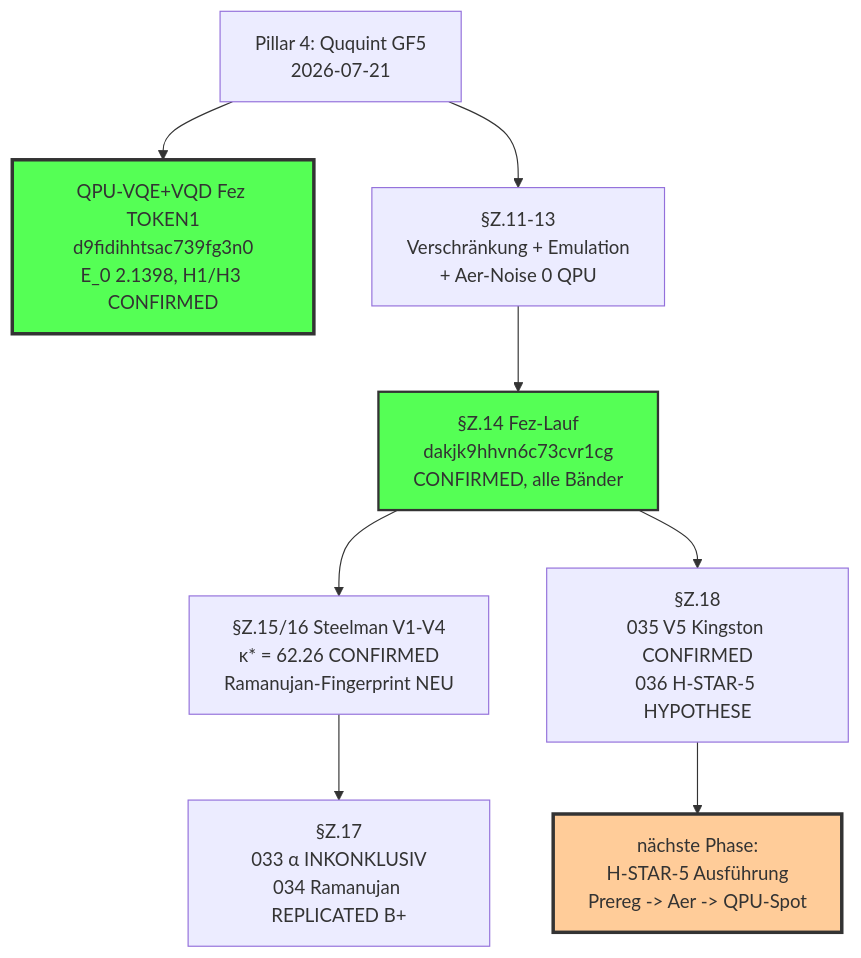
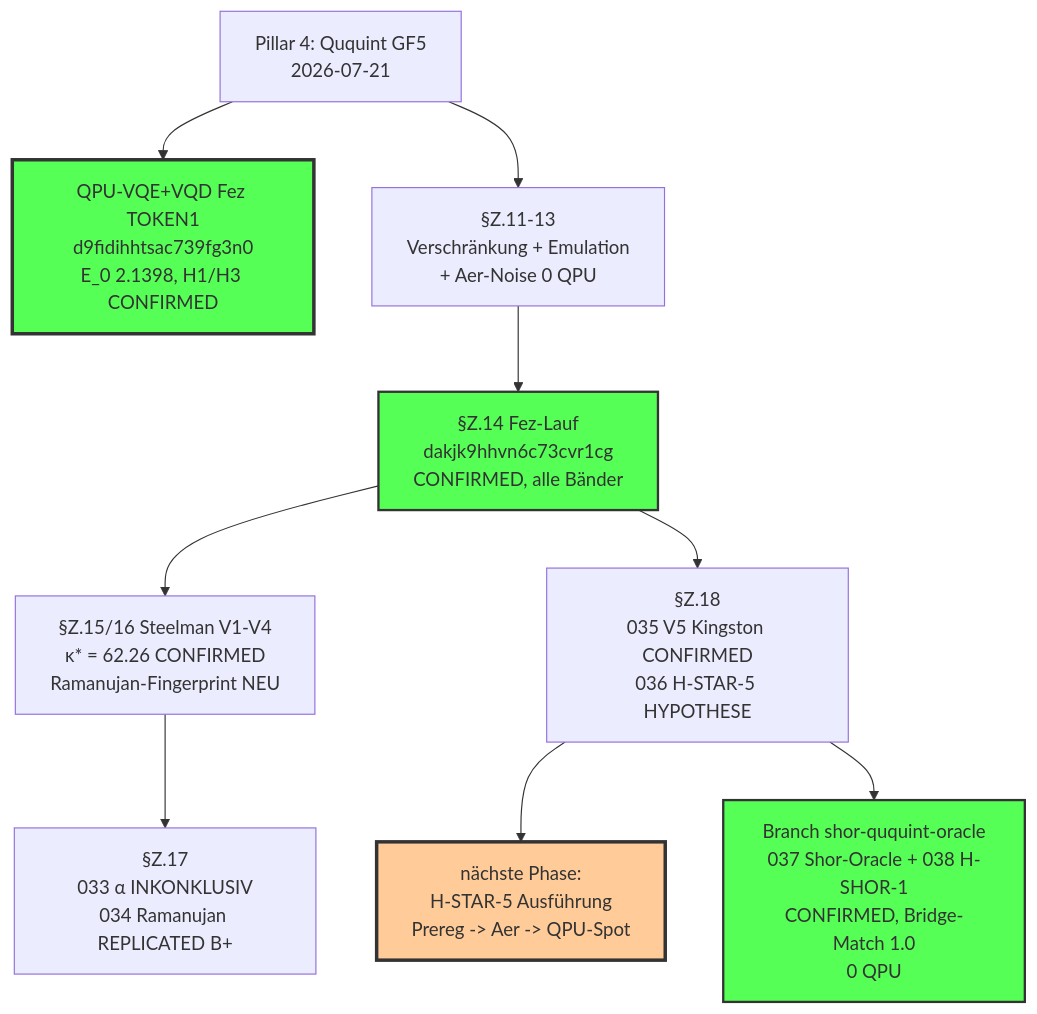
One commit to bartman081523/riemann-nuclear-synthesis changed the seventh of 7 diagrams in QUANTUM_ARCHITECTURE_IMPLEMENTATION.md. Above: the diagram before and after it, drawn with Mermaid. The commit also changed other lines of this file and 3 other files, not shown here.

First line of the commit message:
QUQUINT shor-ququint-oracle: Doku §Z.19 + §10.20 — Shor-Orakel (EXPERIMENT 037) + H-SHOR-1 CONFIRMED (EXPERIMENT 038), Vektor SHOR_QUQUINT_ORACLE NEU B, H-STAR-5 unverändert, 624 Tests

````diff
--- a/QUANTUM_ARCHITECTURE_IMPLEMENTATION.md
+++ b/QUANTUM_ARCHITECTURE_IMPLEMENTATION.md
@@ -1143,14 +1165,16 @@
 ```mermaid
 graph TD
     P4[Pillar 4: Ququint GF5<br/>2026-07-21] --> VQE[QPU-VQE+VQD Fez TOKEN1<br/>d9fidihhtsac739fg3n0<br/>E_0 2.1398, H1/H3 CONFIRMED]
     P4 --> Z11[§Z.11-13<br/>Verschränkung + Emulation<br/>+ Aer-Noise 0 QPU]
     Z11 --> Z14[§Z.14 Fez-Lauf<br/>dakjk9hhvn6c73cvr1cg<br/>CONFIRMED, alle Bänder]
     Z14 --> Z16[§Z.15/16 Steelman V1-V4<br/>κ* = 62.26 CONFIRMED<br/>Ramanujan-Fingerprint NEU]
     Z16 --> Z17[§Z.17<br/>033 α INKONKLUSIV<br/>034 Ramanujan REPLICATED B+]
     Z14 --> Z18[§Z.18<br/>035 V5 Kingston CONFIRMED<br/>036 H-STAR-5 HYPOTHESE]
     Z18 --> NEXT[nächste Phase:<br/>H-STAR-5 Ausführung<br/>Prereg -> Aer -> QPU-Spot]
+    Z18 --> SHOR[Branch shor-ququint-oracle<br/>037 Shor-Oracle + 038 H-SHOR-1<br/>CONFIRMED, Bridge-Match 1.0<br/>0 QPU]
 
     style VQE fill:#5f5,stroke:#333,stroke-width:3px
+    style SHOR fill:#5f5,stroke:#333,stroke-width:2px
     style Z14 fill:#5f5,stroke:#333,stroke-width:2px
     style NEXT fill:#fc9,stroke:#333,stroke-width:3px
 ```
````
